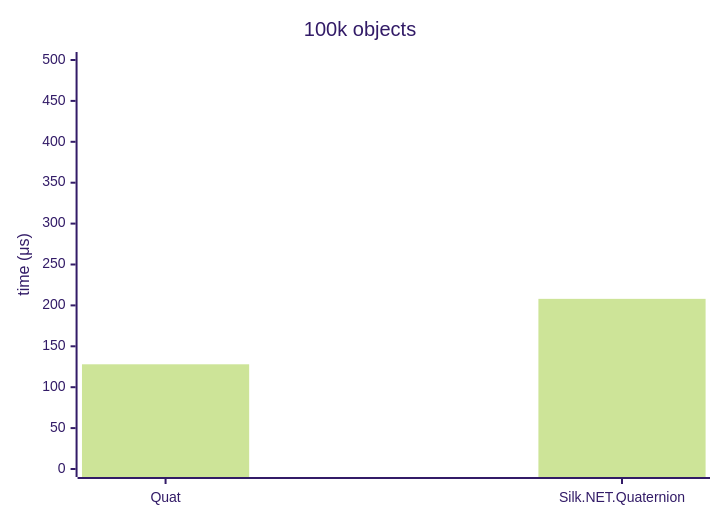
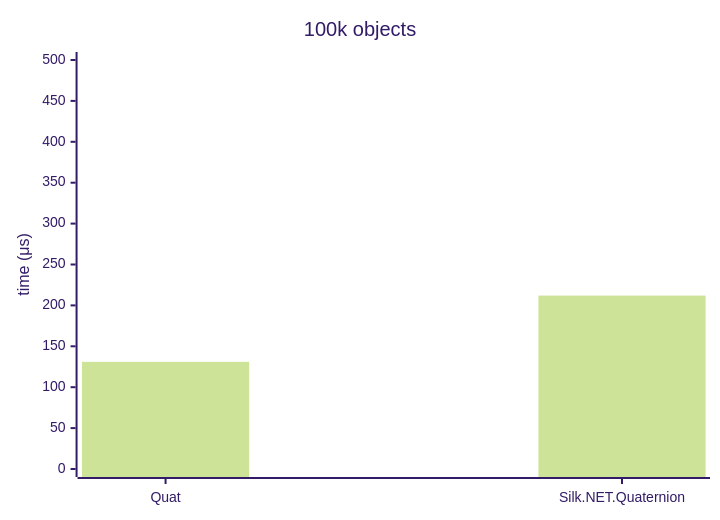
One commit to malstraem/generic-simd-numerics changed the first of 6 diagrams in reports/quat-f64.md. Above: the diagram before and after it, drawn with Mermaid (forest theme). The commit also changed other lines of this file and 178 other files, not shown here.

````diff
--- a/reports/quat-f64.md
+++ b/reports/quat-f64.md
@@ -5,7 +10,7 @@
 ```mermaid
 xychart
     title "100k objects"
     x-axis [Quat, Silk.NET.Quaternion]
     y-axis "time (μs)" 0 --> 500
-    bar [128, 208]
+    bar [131, 212]
 ```
````
